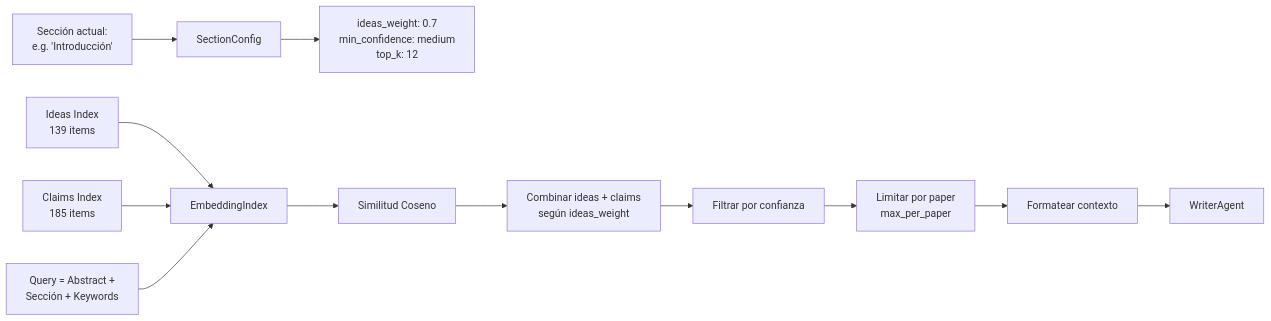
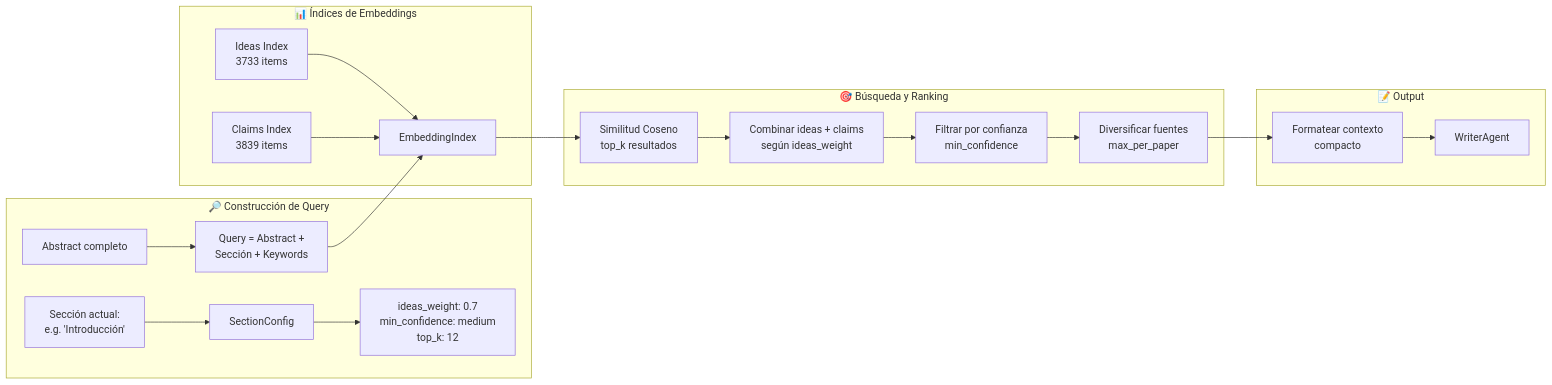
One commit to mikelval82/TheAiWriter changed the third of 7 diagrams in docs/architecture.md. Above: the diagram before and after it, drawn with Mermaid. The commit also changed other lines of this file and 44 other files, not shown here.

````diff
--- a/docs/architecture.md
+++ b/docs/architecture.md
@@ -52,16 +150,26 @@
 ```mermaid
 flowchart LR
-    A[Sección actual:<br/>e.g. 'Introducción'] --> B[SectionConfig]
-    B --> C[ideas_weight: 0.7<br/>min_confidence: medium<br/>top_k: 12]
+    subgraph query["🔎 Construcción de Query"]
+        A[Sección actual:<br/>e.g. 'Introducción'] --> B[SectionConfig]
+        B --> C[ideas_weight: 0.7<br/>min_confidence: medium<br/>top_k: 12]
+        AB[Abstract completo] --> G
+    end
     
-    D[Ideas Index<br/>139 items] --> E[EmbeddingIndex]
-    F[Claims Index<br/>185 items] --> E
+    subgraph indices["📊 Índices de Embeddings"]
+        D[Ideas Index<br/>3733 items] --> E[EmbeddingIndex]
+        F[Claims Index<br/>3839 items] --> E
+    end
     
-    G[Query = Abstract +<br/>Sección + Keywords] --> E
-    E --> H[Similitud Coseno]
-    H --> I[Combinar ideas + claims<br/>según ideas_weight]
-    I --> J[Filtrar por confianza]
-    J --> K[Limitar por paper<br/>max_per_paper]
-    K --> L[Formatear contexto]
-    L --> M[WriterAgent]
+    subgraph search["🎯 Búsqueda y Ranking"]
+        G[Query = Abstract +<br/>Sección + Keywords] --> E
+        E --> H[Similitud Coseno<br/>top_k resultados]
+        H --> I[Combinar ideas + claims<br/>según ideas_weight]
+        I --> J[Filtrar por confianza<br/>min_confidence]
+        J --> K[Diversificar fuentes<br/>max_per_paper]
+    end
+    
+    subgraph output["📝 Output"]
+        K --> L[Formatear contexto<br/>compacto]
+        L --> M[WriterAgent]
+    end
 ```
````
